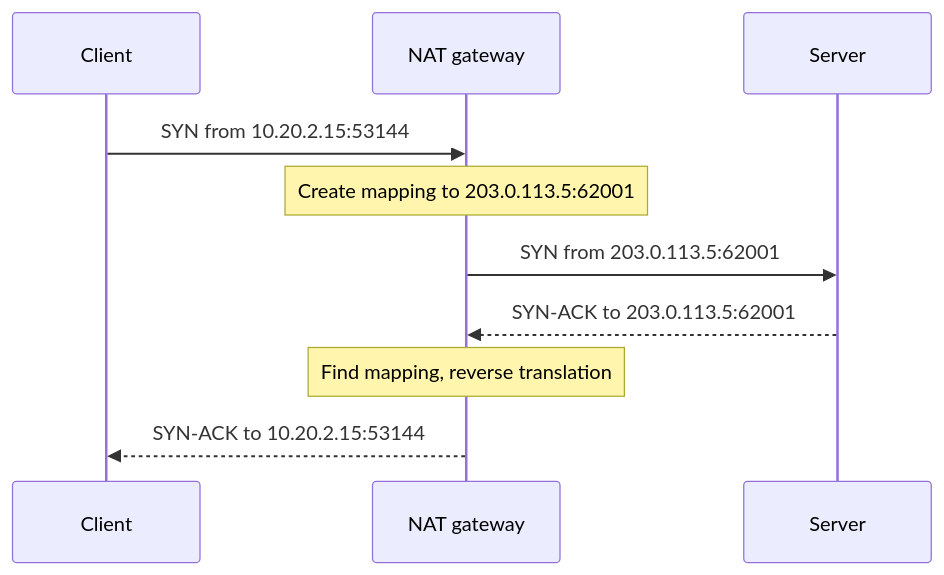
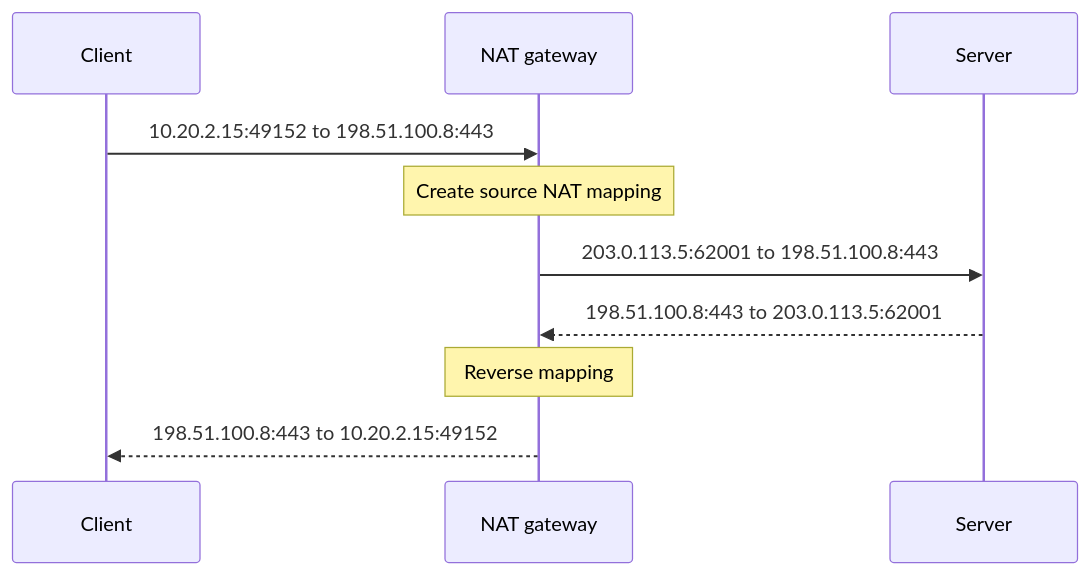
One commit to tiendu/tiendu.github.io changed the second of 3 diagrams in src/content/blog/2026-07-30-networking-useful-stuff.md. Above: the diagram before and after it, drawn with Mermaid. The commit also changed other lines of this file, not shown here.

````diff
--- a/src/content/blog/2026-07-30-networking-useful-stuff.md
+++ b/src/content/blog/2026-07-30-networking-useful-stuff.md
@@ -366,14 +356,14 @@
 ```mermaid
 sequenceDiagram
     accTitle: Outbound NAT and reverse translation
-    accDescr: NAT replaces the client's private source tuple with a public tuple, then reverses the translation on return traffic.
+    accDescr: The gateway creates a mapping for an outbound TCP connection and uses it to translate replies.
     participant C as Client
     participant N as NAT gateway
     participant S as Server
-    C->>N: SYN from 10.20.2.15:53144
-    Note over N: Create mapping to 203.0.113.5:62001
-    N->>S: SYN from 203.0.113.5:62001
-    S-->>N: SYN-ACK to 203.0.113.5:62001
-    Note over N: Find mapping, reverse translation
-    N-->>C: SYN-ACK to 10.20.2.15:53144
+    C->>N: 10.20.2.15:49152 to 198.51.100.8:443
+    Note over N: Create source NAT mapping
+    N->>S: 203.0.113.5:62001 to 198.51.100.8:443
+    S-->>N: 198.51.100.8:443 to 203.0.113.5:62001
+    Note over N: Reverse mapping
+    N-->>C: 198.51.100.8:443 to 10.20.2.15:49152
 ```
````
